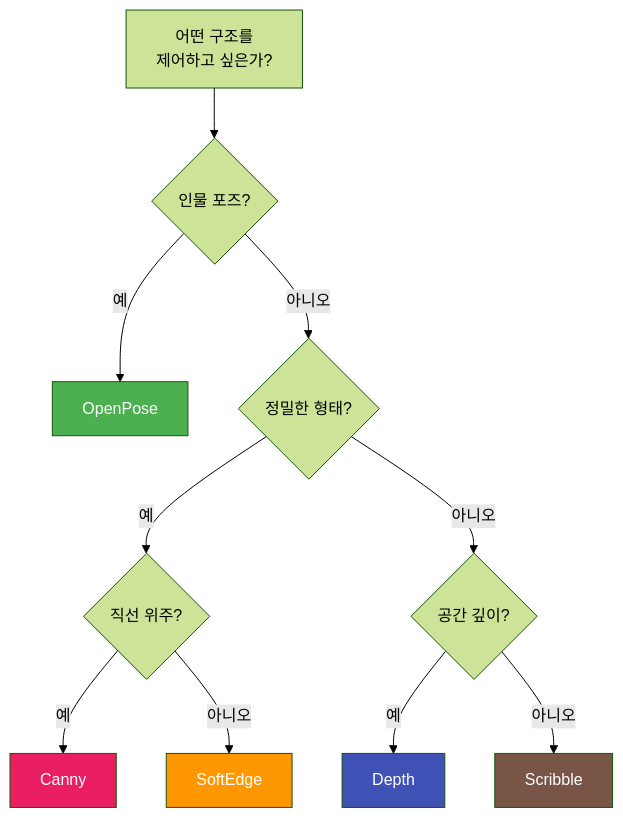
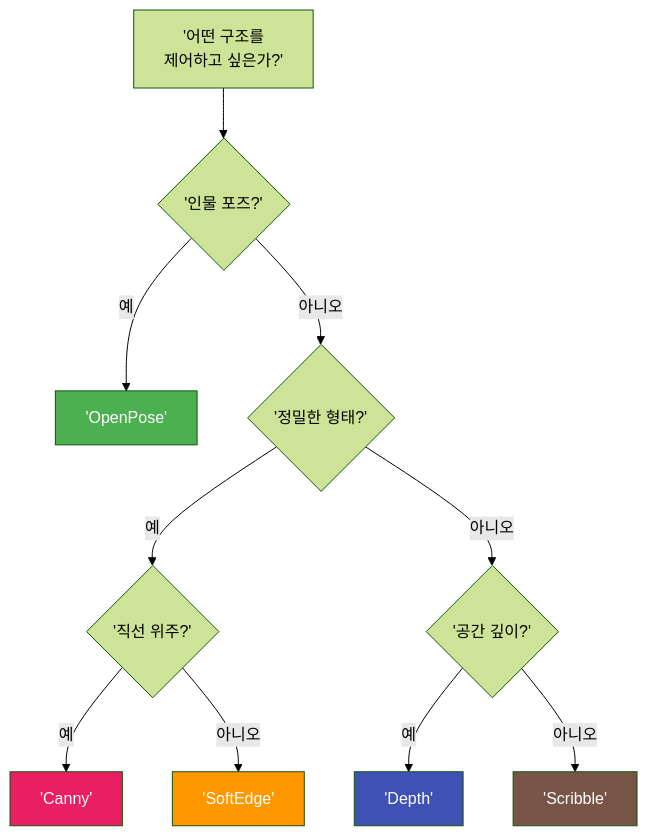
Before and after one commit to jsonpassion/forge-tutorial-promptcanvas: the third of 3 diagrams in 07-ch7-controlnet과-참조-이미지-활용/01-01-controlnet-개요-참조-이미지로-제어하기.md, drawn with Mermaid (forest theme). The commit also changed other lines of this file and 63 other files, not shown here.

````diff
--- a/07-ch7-controlnet과-참조-이미지-활용/01-01-controlnet-개요-참조-이미지로-제어하기.md
+++ b/07-ch7-controlnet과-참조-이미지-활용/01-01-controlnet-개요-참조-이미지로-제어하기.md
@@ -193,18 +151,18 @@
 ```mermaid
 flowchart TD
-    A["어떤 구조를<br/>제어하고 싶은가?"] --> B{"인물 포즈?"}
-    B -- 예 --> C["OpenPose"]
-    B -- 아니오 --> D{"정밀한 형태?"}
-    D -- 예 --> E{"직선 위주?"}
-    E -- 예 --> F["Canny"]
-    E -- 아니오 --> G["SoftEdge"]
-    D -- 아니오 --> H{"공간 깊이?"}
-    H -- 예 --> I["Depth"]
-    H -- 아니오 --> J["Scribble"]
+    A['어떤 구조를<br/>제어하고 싶은가?'] --> B{'인물 포즈?'}
+    B -- 예 --> C['OpenPose']
+    B -- 아니오 --> D{'정밀한 형태?'}
+    D -- 예 --> E{'직선 위주?'}
+    E -- 예 --> F['Canny']
+    E -- 아니오 --> G['SoftEdge']
+    D -- 아니오 --> H{'공간 깊이?'}
+    H -- 예 --> I['Depth']
+    H -- 아니오 --> J['Scribble']
 
     style C fill:#4CAF50,color:#fff
     style F fill:#E91E63,color:#fff
     style G fill:#FF9800,color:#fff
     style I fill:#3F51B5,color:#fff
     style J fill:#795548,color:#fff
 ```
````
